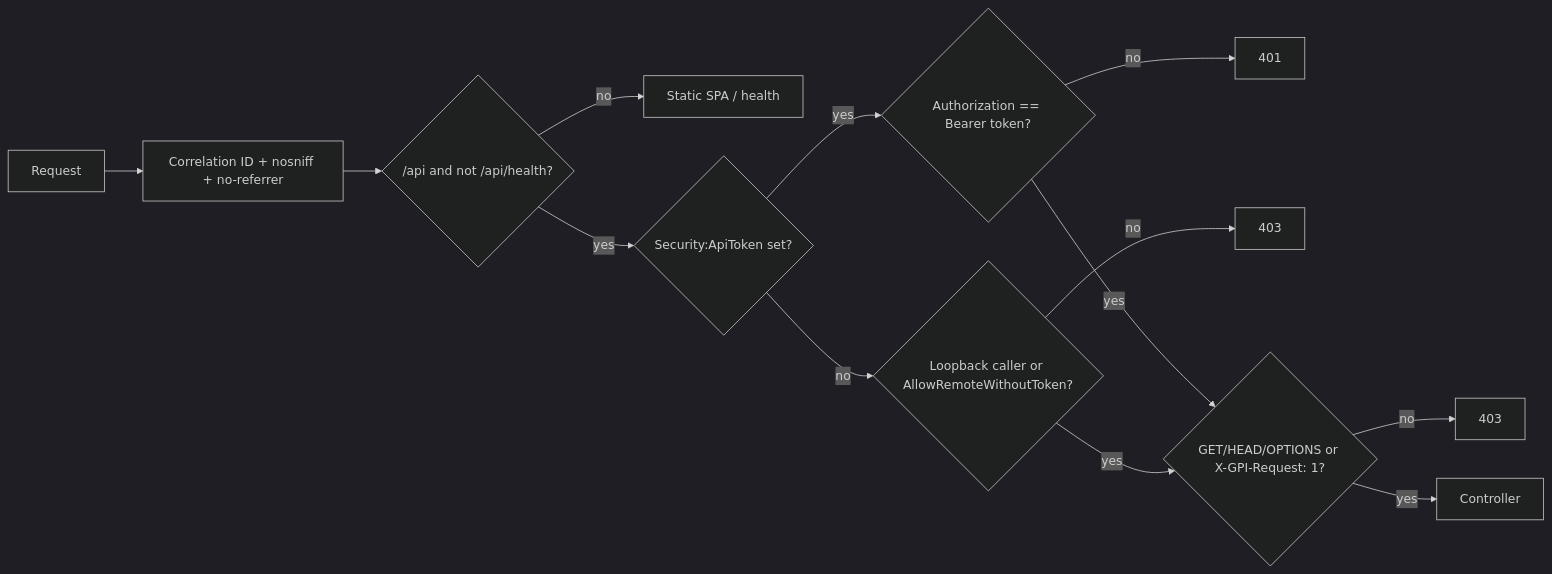
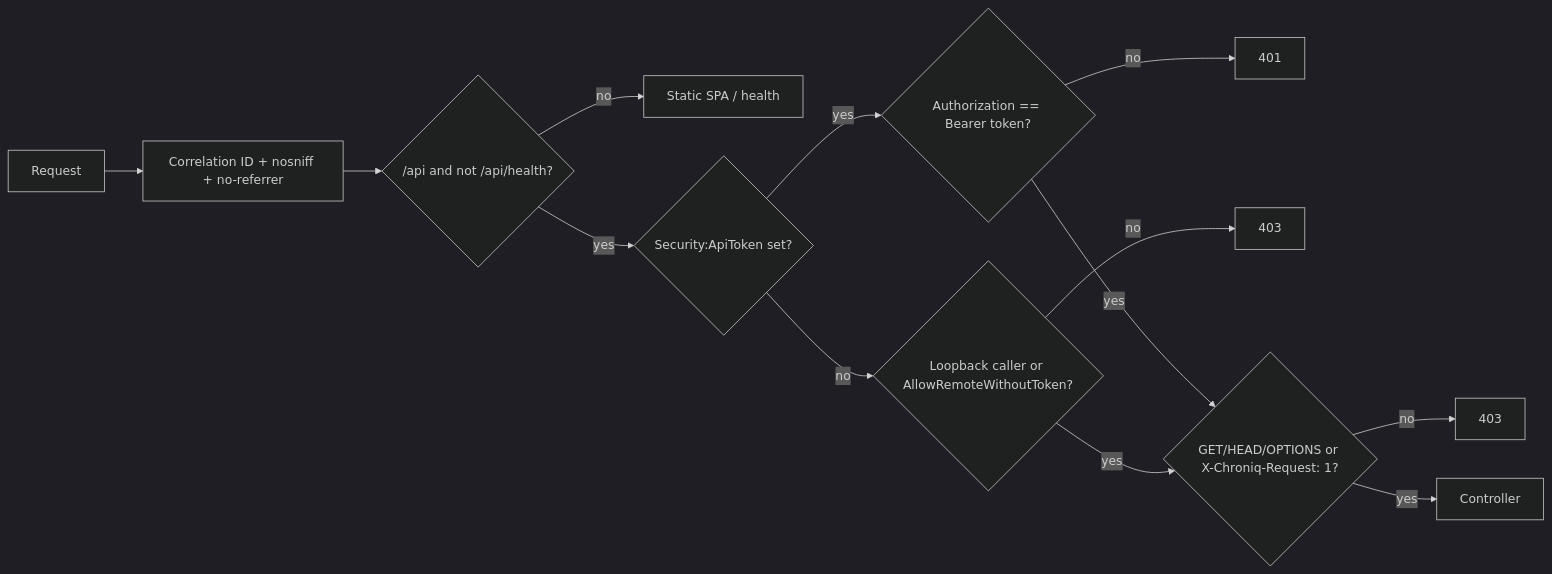
The third of 3 diagrams in docs/project-intelligence/architecture.md (mm-kishanp/AI-Note-Taker-To-Local-Files), drawn with Mermaid (dark theme) before and after one commit. The commit also changed other lines of this file and 228 other files, not shown here.

````diff
--- a/docs/project-intelligence/architecture.md
+++ b/docs/project-intelligence/architecture.md
@@ -97,13 +97,13 @@
 ```mermaid
 flowchart LR
     R[Request] --> H[Correlation ID + nosniff + no-referrer]
     H --> A{/api and not /api/health?}
     A -- no --> N[Static SPA / health]
     A -- yes --> T{Security:ApiToken set?}
     T -- yes --> B{Authorization == Bearer token?} -- no --> U[401]
     T -- no --> L{Loopback caller or AllowRemoteWithoutToken?} -- no --> F[403]
-    B -- yes --> S{GET/HEAD/OPTIONS or X-GPI-Request: 1?}
+    B -- yes --> S{GET/HEAD/OPTIONS or X-Chroniq-Request: 1?}
     L -- yes --> S
     S -- no --> F2[403]
     S -- yes --> C[Controller]
 ```
````
